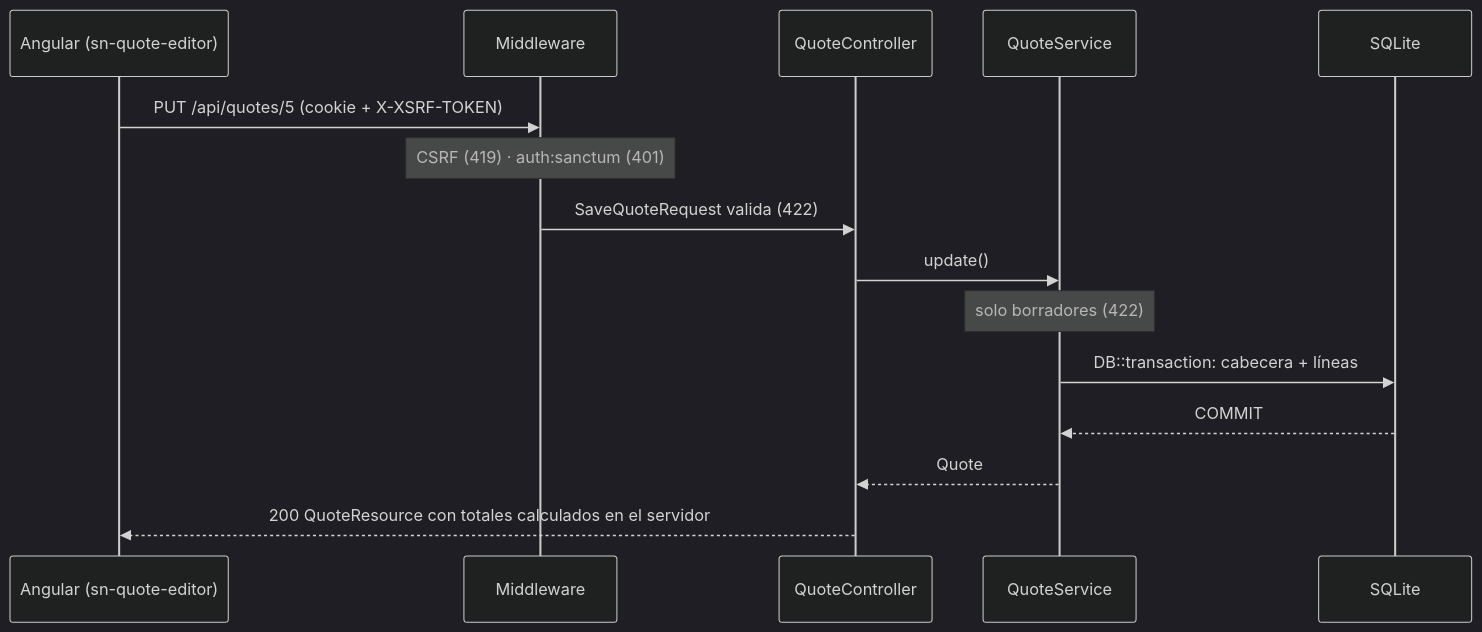
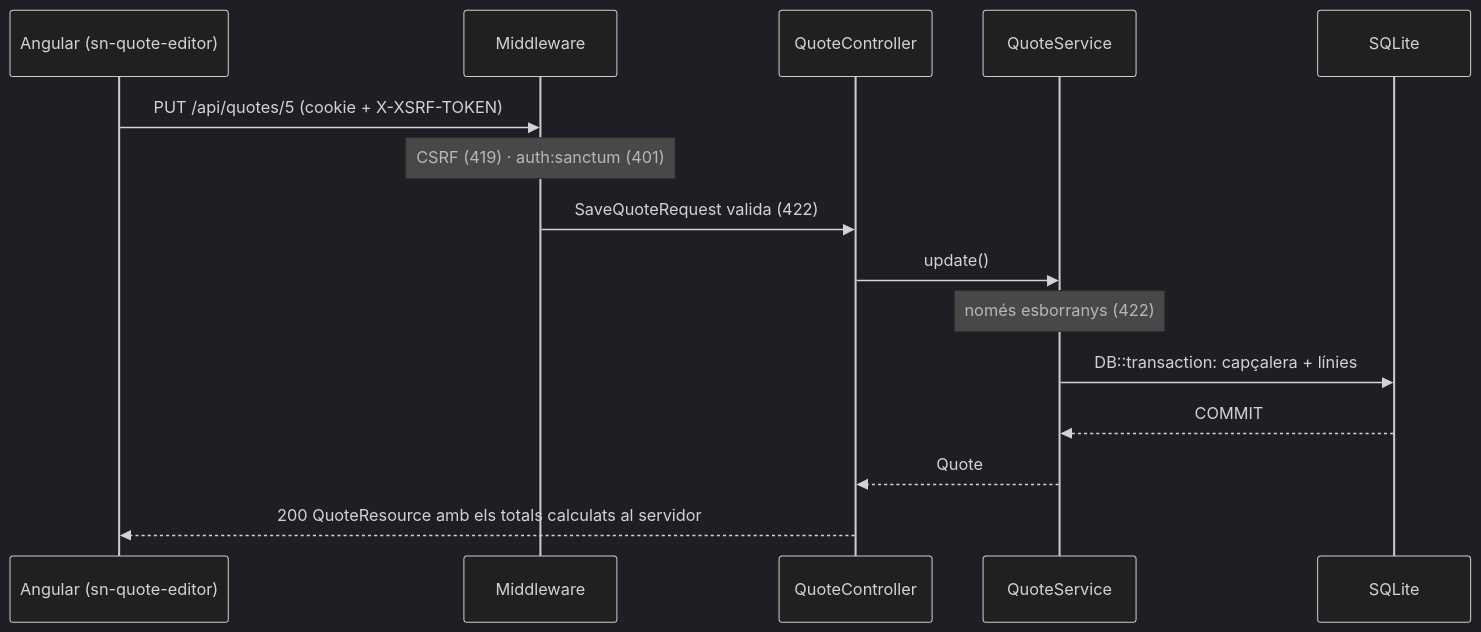
The second of 2 diagrams in README.md (MGurtD/softneos-quotes), drawn with Mermaid (dark theme) before and after one commit. The commit also changed other lines of this file, not shown here.

````diff
--- a/README.md
+++ b/README.md
@@ -59,17 +59,17 @@
 ```mermaid
 sequenceDiagram
     participant A as Angular (sn-quote-editor)
     participant MW as Middleware
     participant C as QuoteController
     participant S as QuoteService
     participant DB as SQLite
     A->>MW: PUT /api/quotes/5 (cookie + X-XSRF-TOKEN)
     Note over MW: CSRF (419) · auth:sanctum (401)
     MW->>C: SaveQuoteRequest valida (422)
     C->>S: update()
-    Note over S: solo borradores (422)
-    S->>DB: DB::transaction: cabecera + líneas
+    Note over S: només esborranys (422)
+    S->>DB: DB::transaction: capçalera + línies
     DB-->>S: COMMIT
     S-->>C: Quote
-    C-->>A: 200 QuoteResource con totales calculados en el servidor
+    C-->>A: 200 QuoteResource amb els totals calculats al servidor
 ```
````
